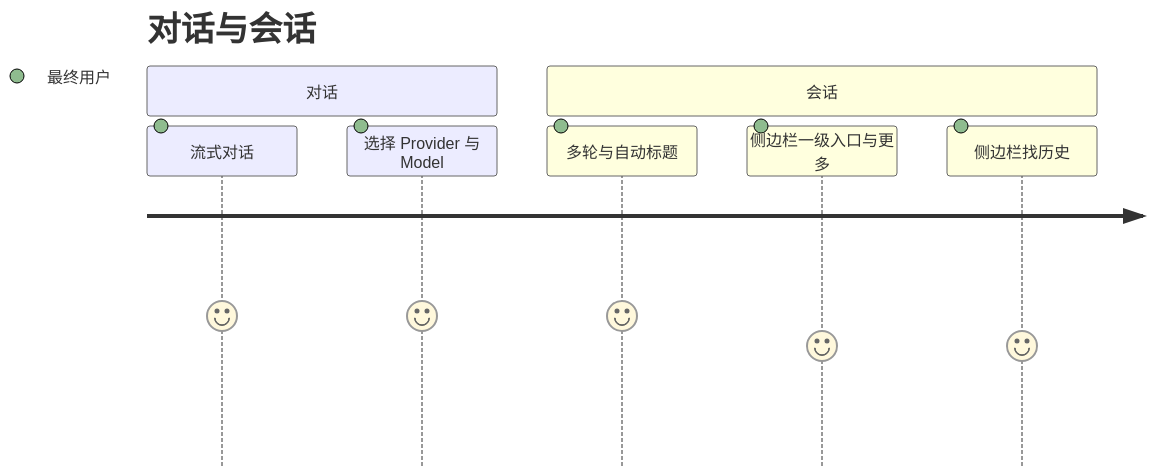
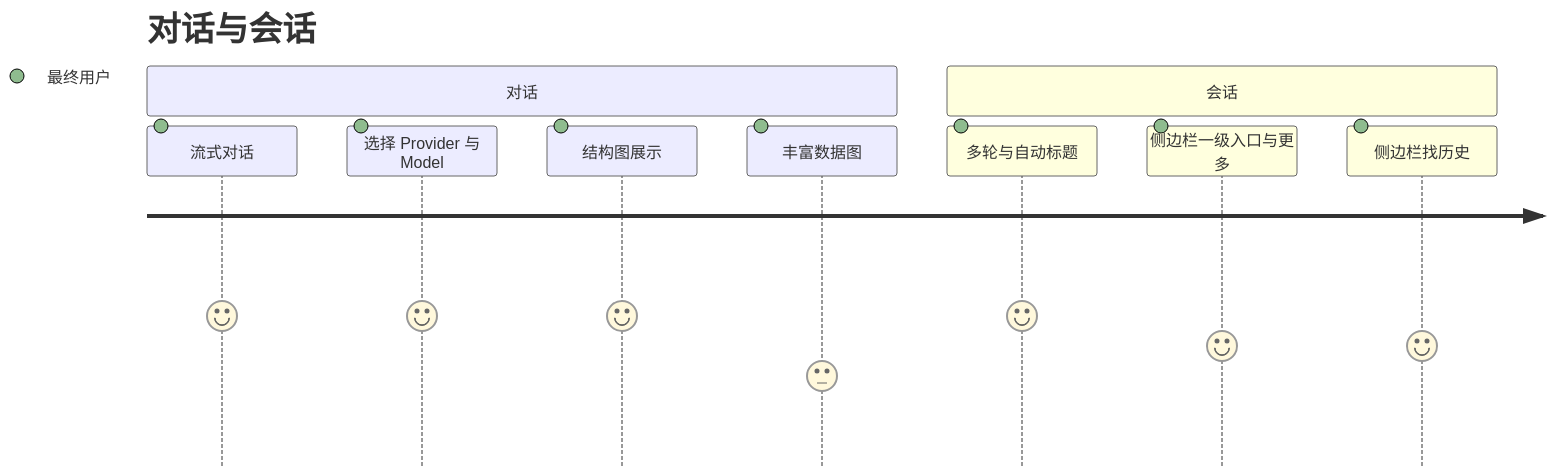
One commit to felixzhu97/explore changed the first of 4 diagrams in explore-ai/docs/product-owner/User-Story-Map.md. Above: the diagram before and after it, drawn with Mermaid. The commit also changed other lines of this file and 1 other file, not shown here.

````diff
--- a/explore-ai/docs/product-owner/User-Story-Map.md
+++ b/explore-ai/docs/product-owner/User-Story-Map.md
@@ -26,11 +26,13 @@
 ```mermaid
 journey
     title 对话与会话
     section 对话
         流式对话: 5: 最终用户
         选择 Provider 与 Model: 5: 最终用户
+        结构图展示: 5: 最终用户
+        丰富数据图: 3: 最终用户
     section 会话
         多轮与自动标题: 5: 最终用户
         侧边栏一级入口与更多: 4: 最终用户
         侧边栏找历史: 4: 最终用户
 ```
````
